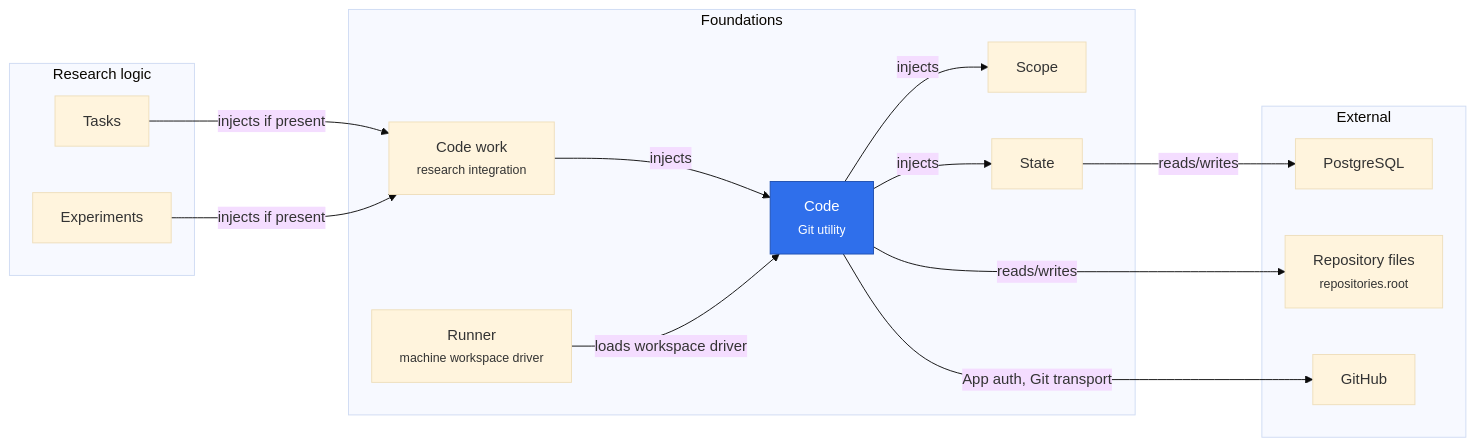
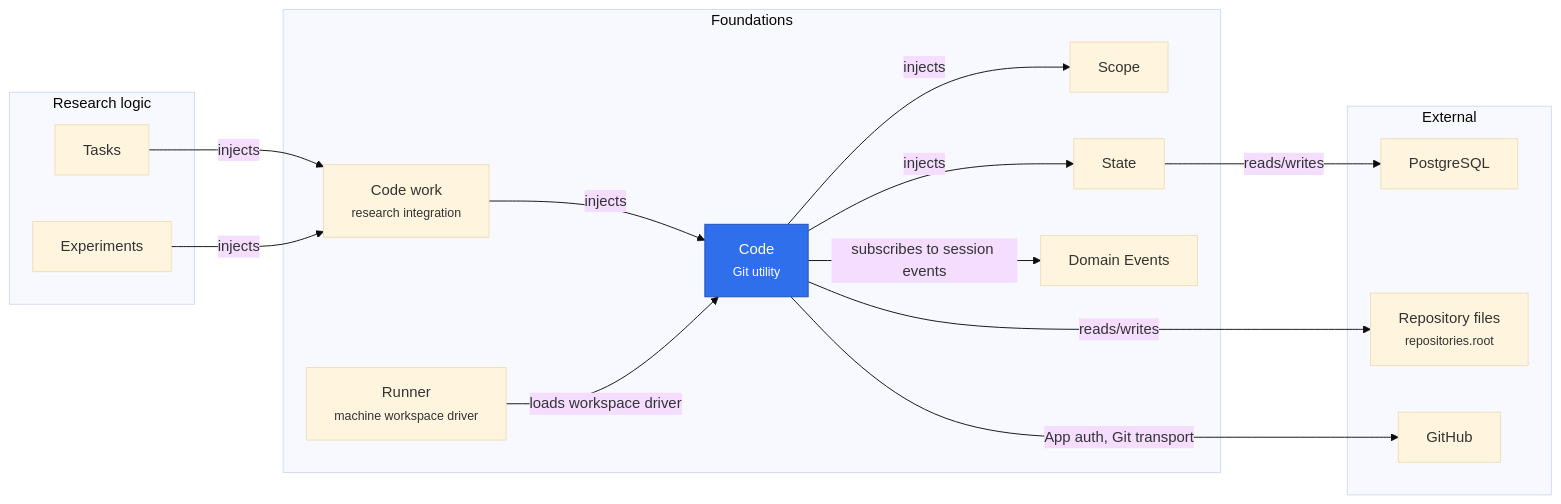
One commit to rapidreview-io/Merv changed the diagram in merv-typescript/packages/code/README.md. Above: the diagram before and after it, drawn with Mermaid (base theme). The commit also changed other lines of this file and 47 other files, not shown here.

First line of the commit message:
Let Code follow its own writers; make Code Work required

````diff
--- a/merv-typescript/packages/code/README.md
+++ b/merv-typescript/packages/code/README.md
@@ -20,30 +22,32 @@
 ```mermaid
 flowchart LR
   subgraph research["Research logic"]
     tasks[Tasks]
     experiments[Experiments]
   end
   subgraph foundations["Foundations"]
     codeWork["Code work<br/><small>research integration</small>"]
     code["Code<br/><small>Git utility</small>"]
     runner["Runner<br/><small>machine workspace driver</small>"]
     scope[Scope]
     state[State]
+    domainEvents[Domain Events]
   end
   subgraph external["External"]
     postgres[PostgreSQL]
     repositories["Repository files<br/><small>repositories.root</small>"]
     github[GitHub]
   end
-  tasks -- "injects if present" --> codeWork
-  experiments -- "injects if present" --> codeWork
+  tasks -- "injects" --> codeWork
+  experiments -- "injects" --> codeWork
   codeWork -- "injects" --> code
   runner -- "loads workspace driver" --> code
   code -- "injects" --> scope
   code -- "injects" --> state
+  code -- "subscribes to session events" --> domainEvents
   state -- "reads/writes" --> postgres
   code -- "reads/writes" --> repositories
   code -- "App auth, Git transport" --> github
   classDef self fill:#2f6feb,color:#fff,stroke:#1f4fb0
   class code self
 ```
````
